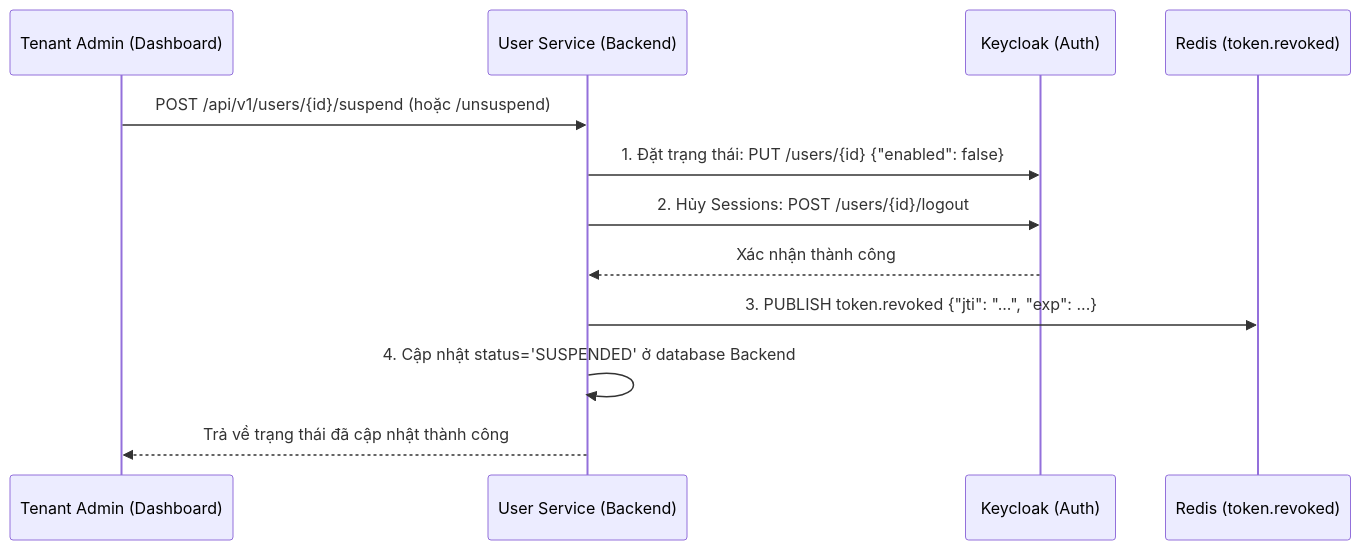
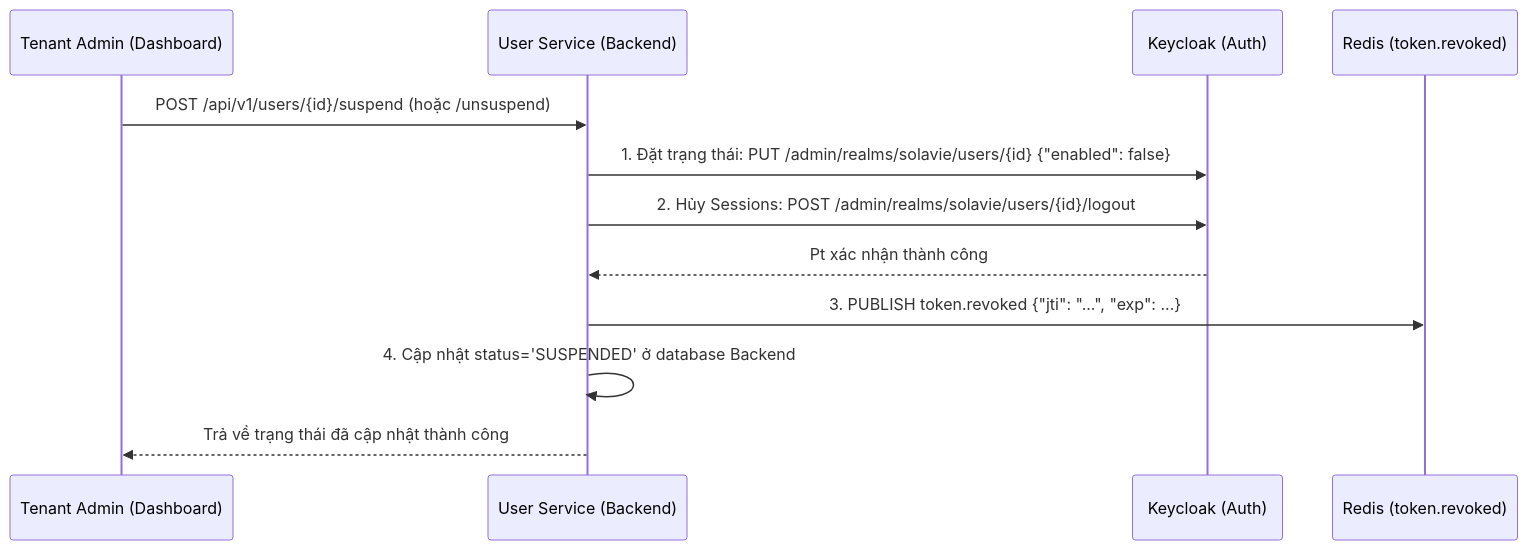
The second of 4 diagrams in specs/services/user/design.md (hugg4u/solavie-platform), drawn with Mermaid before and after one commit. The commit also changed other lines of this file and 19 other files, not shown here.

````diff
--- a/specs/services/user/design.md
+++ b/specs/services/user/design.md
@@ -160,15 +160,15 @@
 ```mermaid
 sequenceDiagram
     participant Admin as Tenant Admin (Dashboard)
     participant US as User Service (Backend)
     participant KC as Keycloak (Auth)
     participant Redis as Redis (token.revoked)
 
     Admin->>US: POST /api/v1/users/{id}/suspend (hoặc /unsuspend)
-    US->>KC: 1. Đặt trạng thái: PUT /users/{id} {"enabled": false}
-    US->>KC: 2. Hủy Sessions: POST /users/{id}/logout
-    KC-->>US: Xác nhận thành công
+    US->>KC: 1. Đặt trạng thái: PUT /admin/realms/solavie/users/{id} {"enabled": false}
+    US->>KC: 2. Hủy Sessions: POST /admin/realms/solavie/users/{id}/logout
+    KC-->>US: Pt xác nhận thành công
     US->>Redis: 3. PUBLISH token.revoked {"jti": "...", "exp": ...}
     US->>US: 4. Cập nhật status='SUSPENDED' ở database Backend
     US-->>Admin: Trả về trạng thái đã cập nhật thành công
 ```
````
